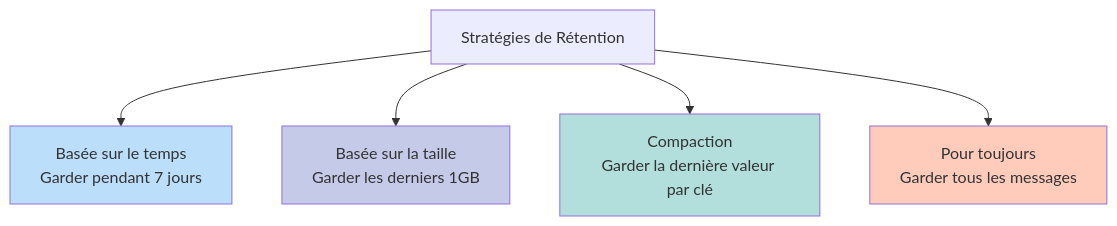
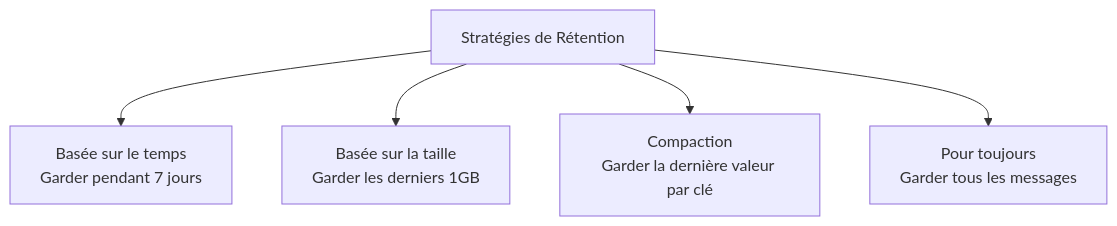
The seventh of 26 diagrams in docs/tutorials/kafka-getting-started.fr.md (mombe090/techdocs), drawn with Mermaid before and after one commit. The commit also changed other lines of this file and 11 other files, not shown here.

First line of the commit message:
style: remove hardcoded Mermaid diagram colors for dark mode compatibility

````diff
--- a/docs/tutorials/kafka-getting-started.fr.md
+++ b/docs/tutorials/kafka-getting-started.fr.md
@@ -251,13 +234,9 @@
 ```mermaid
 graph TB
     A[Stratégies de Rétention]
     A --> B[Basée sur le temps<br/>Garder pendant 7 jours]
     A --> C[Basée sur la taille<br/>Garder les derniers 1GB]
     A --> D[Compaction<br/>Garder la dernière valeur par clé]
     A --> E[Pour toujours<br/>Garder tous les messages]
 
-    style B fill:#bbdefb
-    style C fill:#c5cae9
-    style D fill:#b2dfdb
-    style E fill:#ffccbc
 ```
````
